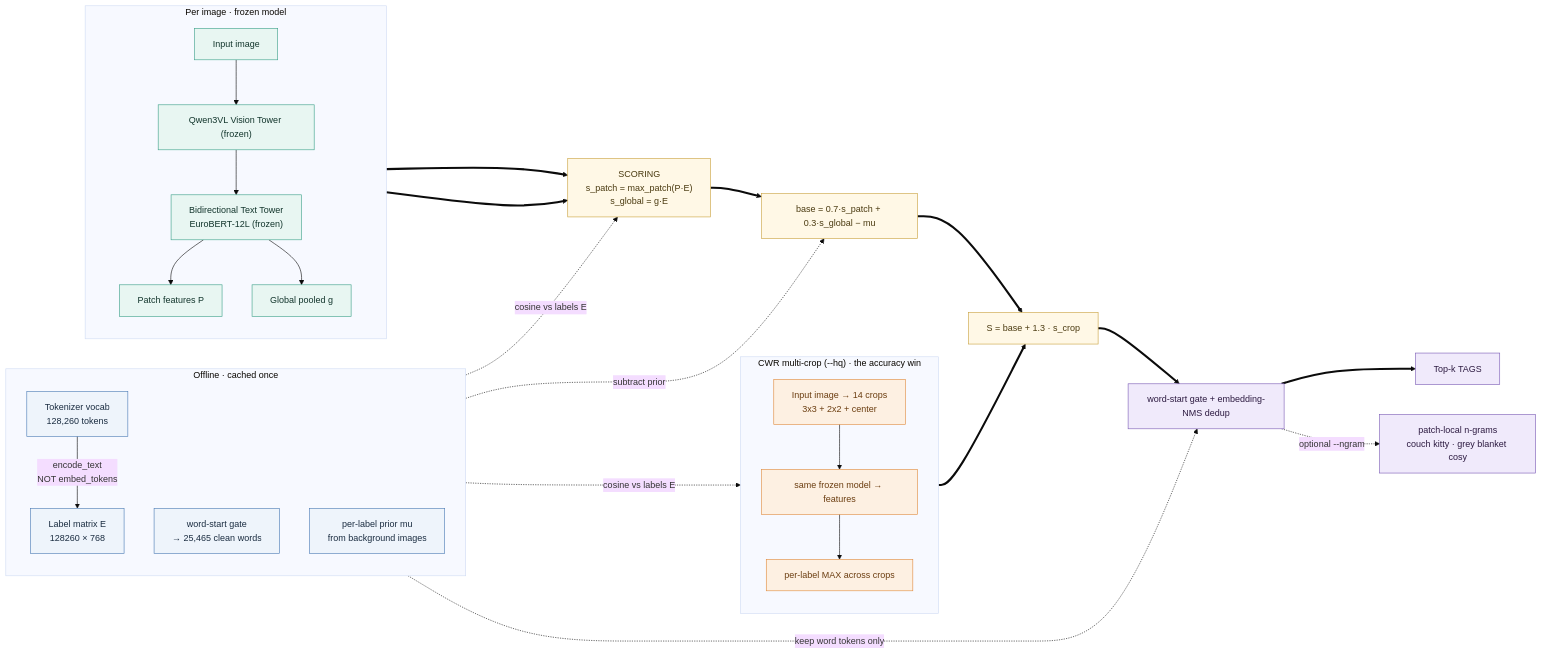
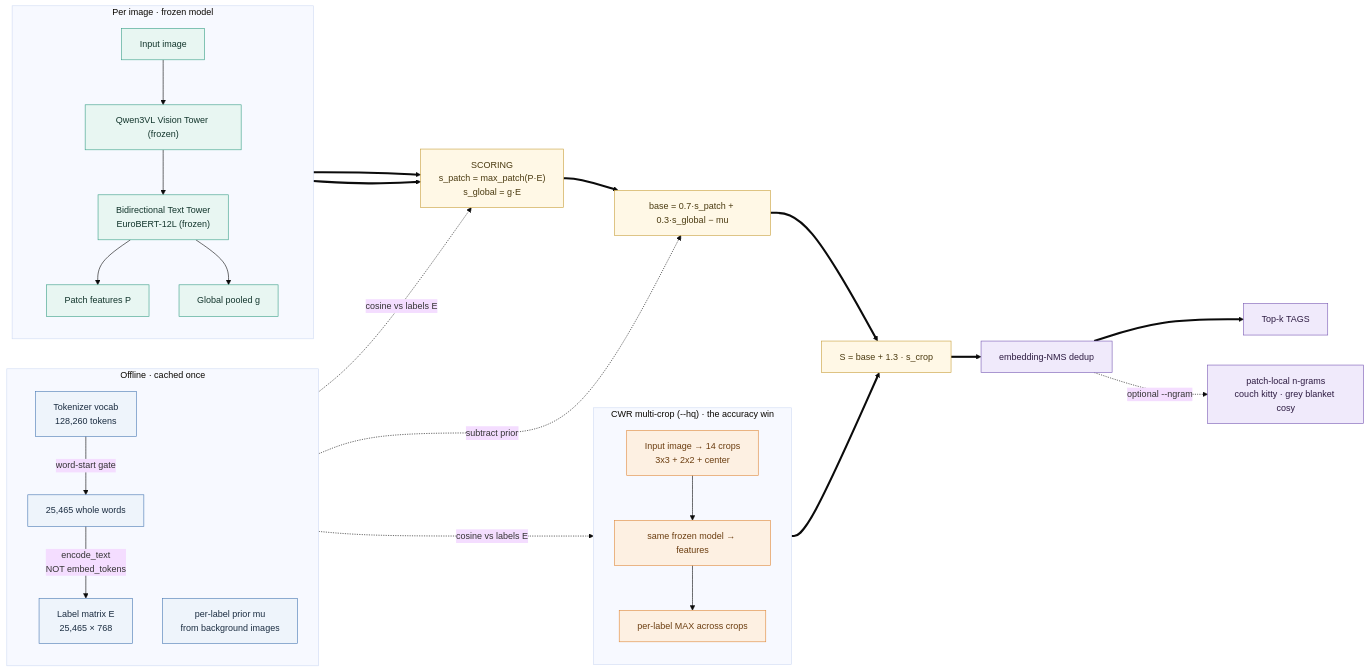
The diagram in README.md (hanxiao/jina-v5-omni-nano-test-time-image-tagging), drawn with Mermaid before and after one commit. The commit also changed other lines of this file and 1 other file, not shown here.

First line of the commit message:
Score against the word-start vocab slice directly (5x smaller label matmul)

````diff
--- a/README.md
+++ b/README.md
@@ -36,50 +36,49 @@
 ```mermaid
 %%{init: {'theme':'base','themeVariables':{'fontSize':'15px','fontFamily':'Helvetica'}}}%%
 flowchart LR
   subgraph OFF["Offline · cached once"]
     direction TB
-    V["Tokenizer vocab<br/>128,260 tokens"] -->|encode_text<br/>NOT embed_tokens| E["Label matrix E<br/>128260 × 768"]
-    GATE["word-start gate<br/>→ 25,465 clean words"]
+    V["Tokenizer vocab<br/>128,260 tokens"] -->|word-start gate| GATE["25,465 whole words"]
+    GATE -->|encode_text<br/>NOT embed_tokens| E["Label matrix E<br/>25,465 × 768"]
     MU["per-label prior mu<br/>from background images"]
   end
 
   subgraph IMG["Per image · frozen model"]
     direction TB
     IN["Input image"] --> VIS["Qwen3VL Vision Tower (frozen)"] --> TXT["Bidirectional Text Tower<br/>EuroBERT-12L (frozen)"]
     TXT --> P["Patch features P"]
     TXT --> G["Global pooled g"]
   end
 
   SCORE["SCORING<br/>s_patch = max_patch(P·E)<br/>s_global = g·E"]
   BASE["base = 0.7·s_patch + 0.3·s_global − mu"]
 
   E -.->|cosine vs labels E| SCORE
   P ==> SCORE
   G ==> SCORE
   SCORE ==> BASE
   MU -.->|subtract prior| BASE
 
   subgraph CWR["CWR multi-crop (--hq) · the accuracy win"]
     direction TB
     IN2["Input image → 14 crops<br/>3x3 + 2x2 + center"] --> CF["same frozen model → features"] --> CMAX["per-label MAX across crops"]
   end
   E -.->|cosine vs labels E| CMAX
   BASE ==> FUSE["S = base + 1.3 · s_crop"]
   CMAX ==> FUSE
 
-  FUSE ==> POST["word-start gate + embedding-NMS dedup"]
-  GATE -.->|keep word tokens only| POST
+  FUSE ==> POST["embedding-NMS dedup"]
   POST ==> OUT["Top-k TAGS"]
   POST -.->|optional --ngram| ADJ["patch-local n-grams<br/>couch kitty · grey blanket cosy"]
 
   classDef off fill:#eef4fb,stroke:#4a7ab5,color:#1a2c40;
   classDef img fill:#e8f6f2,stroke:#3aa088,color:#12352c;
   classDef cwr fill:#fdf0e2,stroke:#e08a3c,color:#6b3d10;
   classDef score fill:#fff8e6,stroke:#c8a03c,color:#4a3a10;
   classDef out fill:#f0eafb,stroke:#7a5bb5,color:#2c1a40;
   class V,E,GATE,MU off;
   class IN,VIS,TXT,P,G img;
   class IN2,CF,CMAX cwr;
   class SCORE,BASE,FUSE score;
   class POST,OUT,ADJ out;
 ```
````
